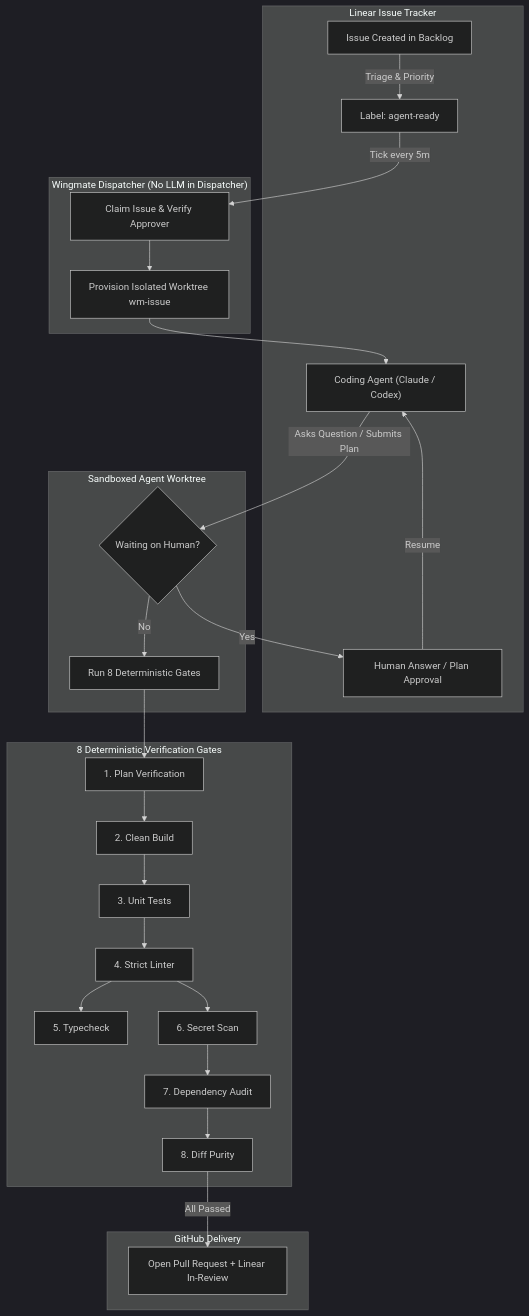
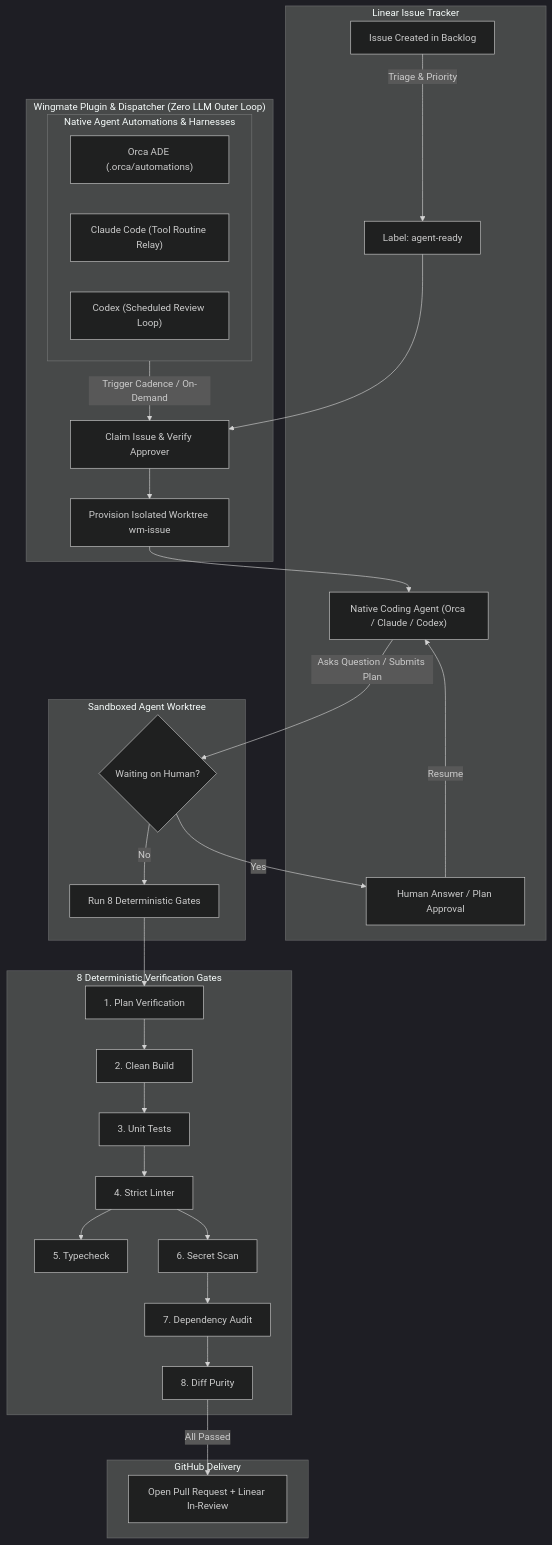
One commit to furoyce/wingmate-agents changed the diagram in README.md. Above: the diagram before and after it, drawn with Mermaid (dark theme). The commit also changed other lines of this file and 2 other files, not shown here.

Commit message:
feat: add default light theme, system theme support, and native coding agent harness automations

````diff
--- a/README.md
+++ b/README.md
@@ -48,34 +54,41 @@
 ```mermaid
 flowchart TD
+    subgraph Schedulers["Native Agent Automations & Harnesses"]
+        Orca["Orca ADE (.orca/automations)"]
+        Claude["Claude Code (Tool Routine Relay)"]
+        Codex["Codex (Scheduled Review Loop)"]
+    end
+
     subgraph Linear["Linear Issue Tracker"]
         L1["Issue Created in Backlog"] -->|Triage & Priority| L2["Label: agent-ready"]
         L4["Human Answer / Plan Approval"] -->|Resume| W1
     end
 
-    subgraph Wingmate["Wingmate Dispatcher (No LLM in Dispatcher)"]
-        L2 -->|Tick every 5m| D1["Claim Issue & Verify Approver"]
+    subgraph Wingmate["Wingmate Plugin & Dispatcher (Zero LLM Outer Loop)"]
+        Schedulers -->|Trigger Cadence / On-Demand| D1["Claim Issue & Verify Approver"]
+        L2 --> D1
         D1 --> D2["Provision Isolated Worktree wm-issue"]
     end
 
     subgraph Worktree["Sandboxed Agent Worktree"]
-        D2 --> W1["Coding Agent (Claude / Codex)"]
+        D2 --> W1["Native Coding Agent (Orca / Claude / Codex)"]
         W1 -->|Asks Question / Submits Plan| Q1{"Waiting on Human?"}
         Q1 -- Yes --> L4
         Q1 -- No --> G1["Run 8 Deterministic Gates"]
     end
 
     subgraph Gates["8 Deterministic Verification Gates"]
         G1 --> G_Plan["1. Plan Verification"]
         G_Plan --> G_Build["2. Clean Build"]
         G_Build --> G_Unit["3. Unit Tests"]
         G_Unit --> G_Lint["4. Strict Linter"]
         G_Lint --> G_Type["5. Typecheck"]
         G_Lint --> G_Sec["6. Secret Scan"]
         G_Sec --> G_Deps["7. Dependency Audit"]
         G_Deps --> G_Diff["8. Diff Purity"]
     end
 
     subgraph GitHub["GitHub Delivery"]
         G_Diff -->|All Passed| PR["Open Pull Request + Linear In-Review"]
     end
 ```
````
